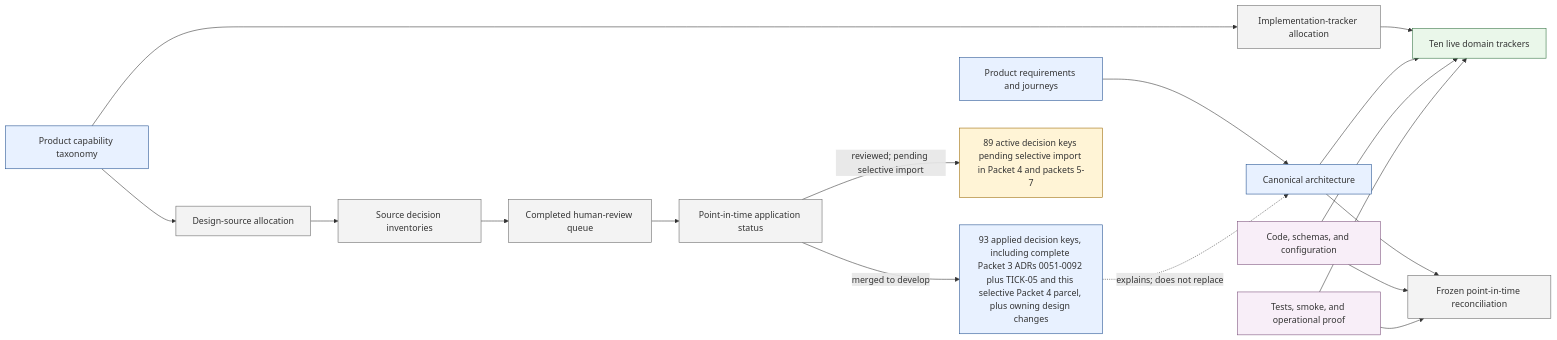
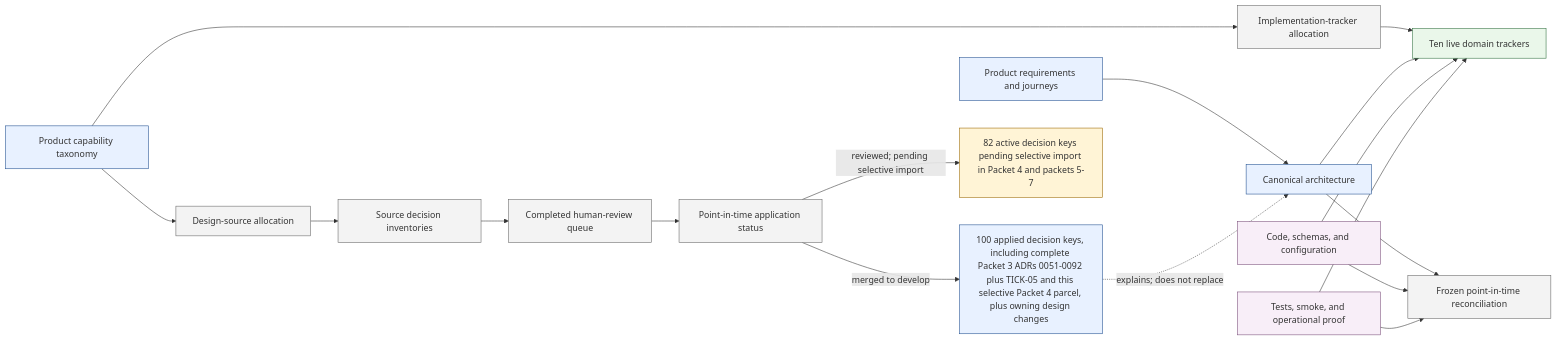
One commit to benhook1013/FireMUD changed the diagram in design/project-management/design-alignment/README.md. Above: the diagram before and after it, drawn with Mermaid. The commit also changed other lines of this file and 73 other files, not shown here.

````diff
--- a/design/project-management/design-alignment/README.md
+++ b/design/project-management/design-alignment/README.md
@@ -27,27 +27,27 @@
 ```mermaid
 flowchart LR
     PRODUCT[Product requirements and journeys]:::canonical --> ARCH[Canonical architecture]:::canonical
     TAXONOMY[Product capability taxonomy]:::canonical --> DESIGN_ALLOC[Design-source allocation]:::alignment
     DESIGN_ALLOC --> SOURCE_INV[Source decision inventories]:::alignment
     SOURCE_INV --> HUMAN_QUEUE[Completed human-review queue]:::alignment
     HUMAN_QUEUE --> APPLY[Point-in-time application status]:::alignment
-    APPLY -->|merged to develop| ADRS[93 applied decision keys, including complete Packet 3 ADRs 0051-0092 plus TICK-05 and this selective Packet 4 parcel, plus owning design changes]:::canonical
+    APPLY -->|merged to develop| ADRS[100 applied decision keys, including complete Packet 3 ADRs 0051-0092 plus TICK-05 and this selective Packet 4 parcel, plus owning design changes]:::canonical
     ADRS -. explains; does not replace .-> ARCH
-    APPLY -->|reviewed; pending selective import| PENDING[89 active decision keys pending selective import in Packet 4 and packets 5-7]:::pending
+    APPLY -->|reviewed; pending selective import| PENDING[82 active decision keys pending selective import in Packet 4 and packets 5-7]:::pending
 
     TAXONOMY --> TRACKER_ALLOC[Implementation-tracker allocation]:::alignment
     TRACKER_ALLOC --> TRACKERS[Ten live domain trackers]:::status
     ARCH --> TRACKERS
     CODE[Code, schemas, and configuration]:::evidence --> TRACKERS
     PROOF[Tests, smoke, and operational proof]:::evidence --> TRACKERS
 
     ARCH --> RECON[Frozen point-in-time reconciliation]:::alignment
     CODE --> RECON
     PROOF --> RECON
 
     classDef canonical fill:#e8f1ff,stroke:#1f4f8f
     classDef alignment fill:#f3f3f3,stroke:#666
     classDef pending fill:#fff4d6,stroke:#9a6700
     classDef status fill:#eaf7ea,stroke:#2f6f3e
     classDef evidence fill:#f8eef8,stroke:#7a4e7a
 ```
````
